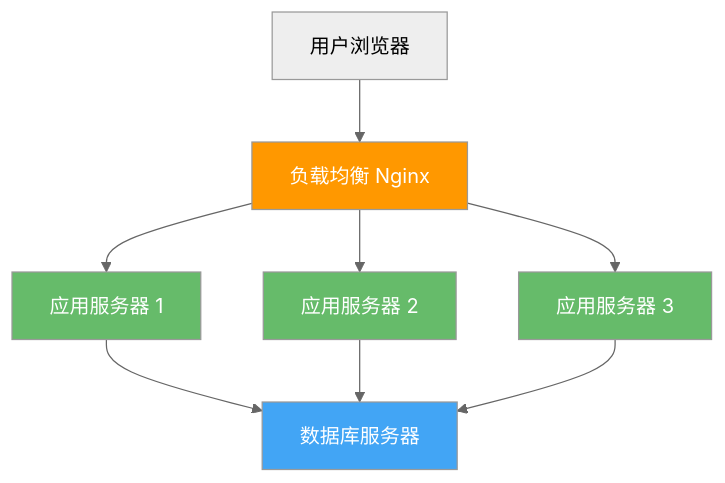
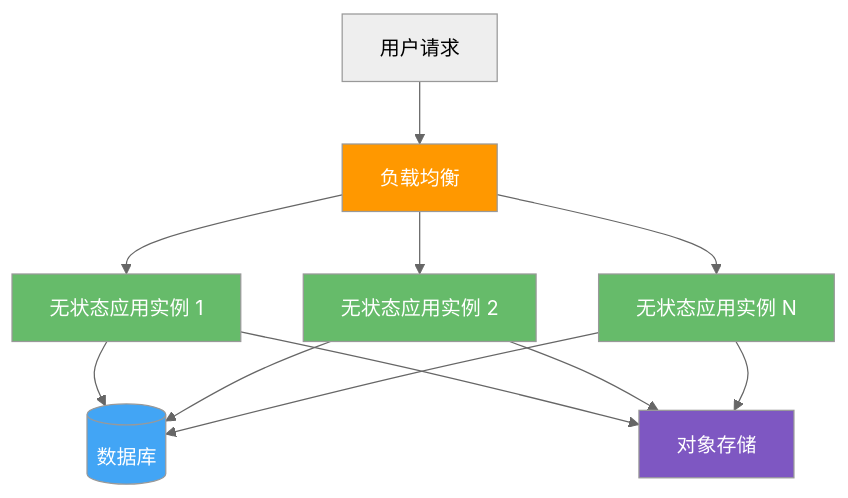
The second of 5 diagrams in _posts/2026-05-17-internet-architecture-evolution.md (weng235/weng235.github.io), drawn with Mermaid (neutral theme) before and after one commit. The commit also changed other lines of this file and 4 other files, not shown here.

````diff
--- a/_posts/2026-05-17-internet-architecture-evolution.md
+++ b/_posts/2026-05-17-internet-architecture-evolution.md
@@ -97,16 +63,20 @@
 ```mermaid
-graph TB
-    Client[用户浏览器] --> LB[负载均衡 Nginx]
-    LB --> App1[应用服务器 1]
-    LB --> App2[应用服务器 2]
-    LB --> App3[应用服务器 3]
-    App1 --> DB[数据库服务器]
+flowchart TB
+    Client["用户请求"] --> LB["负载均衡"]
+    LB --> App1["无状态应用实例 1"]
+    LB --> App2["无状态应用实例 2"]
+    LB --> App3["无状态应用实例 N"]
+    App1 --> DB[("数据库")]
     App2 --> DB
     App3 --> DB
+    App1 --> Store["对象存储"]
+    App2 --> Store
+    App3 --> Store
 
     style LB fill:#FF9800,color:#fff
     style App1 fill:#66BB6A,color:#fff
     style App2 fill:#66BB6A,color:#fff
     style App3 fill:#66BB6A,color:#fff
     style DB fill:#42A5F5,color:#fff
+    style Store fill:#7E57C2,color:#fff
 ```
````
